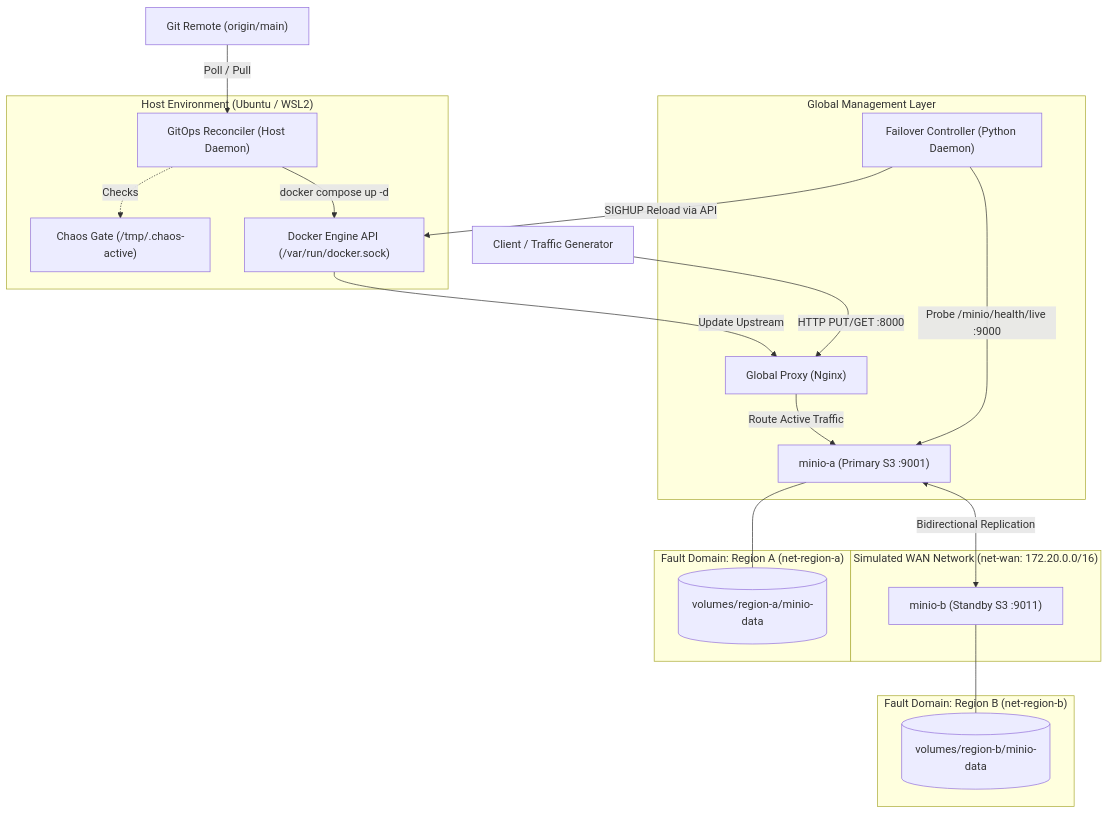
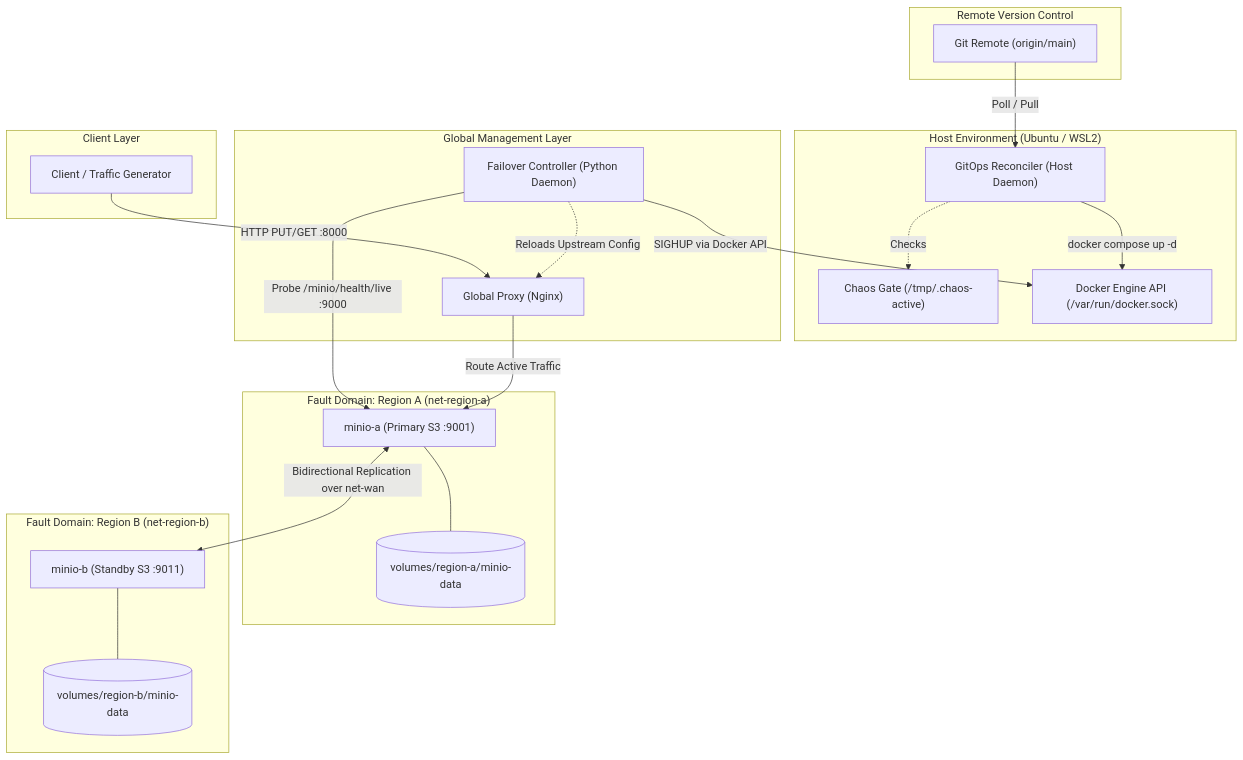
Before and after one commit to varad016/SWFW_5S_02: the diagram in README.md, drawn with Mermaid. The commit also changed other lines of this file and 2 other files, not shown here.

Commit message:
feat(gitops): add production-ha label to global-proxy and update architecture docs

````diff
--- a/README.md
+++ b/README.md
@@ -22,39 +22,43 @@
 ```mermaid
 flowchart TD
-    Client["Client / Traffic Generator"] -->|HTTP PUT/GET :8000| Proxy["Global Proxy (Nginx)"]
+    subgraph ClientLayer["Client Layer"]
+        Client["Client / Traffic Generator"]
+    end
 
     subgraph Host["Host Environment (Ubuntu / WSL2)"]
         Reconciler["GitOps Reconciler (Host Daemon)"]
         ChaosGate["Chaos Gate (/tmp/.chaos-active)"]
-        Reconciler -.->|Checks| ChaosGate
         DockerSock["Docker Engine API (/var/run/docker.sock)"]
     end
 
-    GitHub["Git Remote (origin/main)"] -->|Poll / Pull| Reconciler
-    Reconciler -->|docker compose up -d| DockerSock
+    subgraph Remote["Remote Version Control"]
+        GitHub["Git Remote (origin/main)"]
+    end
 
     subgraph GlobalLayer["Global Management Layer"]
-        Proxy
+        Proxy["Global Proxy (Nginx)"]
         Controller["Failover Controller (Python Daemon)"]
-        Controller -->|Probe /minio/health/live :9000| MinioA
-        Controller -->|SIGHUP Reload via API| DockerSock
-        DockerSock -->|Update Upstream| Proxy
-    end
-
-    subgraph WAN["Simulated WAN Network (net-wan: 172.20.0.0/16)"]
-        Proxy -->|Route Active Traffic| MinioA
-        MinioA <-->|Bidirectional Replication| MinioB
     end
 
     subgraph RegionA["Fault Domain: Region A (net-region-a)"]
         MinioA["minio-a (Primary S3 :9001)"]
         VolA[("volumes/region-a/minio-data")]
-        MinioA --- VolA
     end
 
     subgraph RegionB["Fault Domain: Region B (net-region-b)"]
         MinioB["minio-b (Standby S3 :9011)"]
         VolB[("volumes/region-b/minio-data")]
-        MinioB --- VolB
     end
+
+    Client -->|HTTP PUT/GET :8000| Proxy
+    GitHub -->|Poll / Pull| Reconciler
+    Reconciler -.->|Checks| ChaosGate
+    Reconciler -->|docker compose up -d| DockerSock
+    Controller -->|Probe /minio/health/live :9000| MinioA
+    Controller -->|SIGHUP via Docker API| DockerSock
+    Controller -.->|Reloads Upstream Config| Proxy
+    Proxy -->|Route Active Traffic| MinioA
+    MinioA <-->|Bidirectional Replication over net-wan| MinioB
+    MinioA --- VolA
+    MinioB --- VolB
 ```
````
